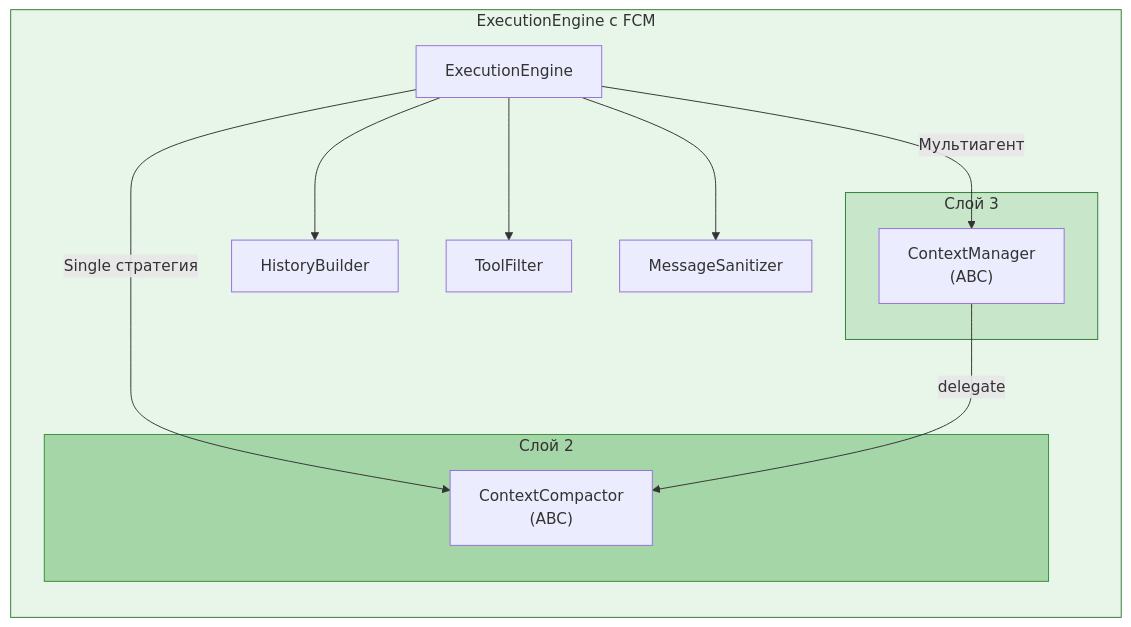
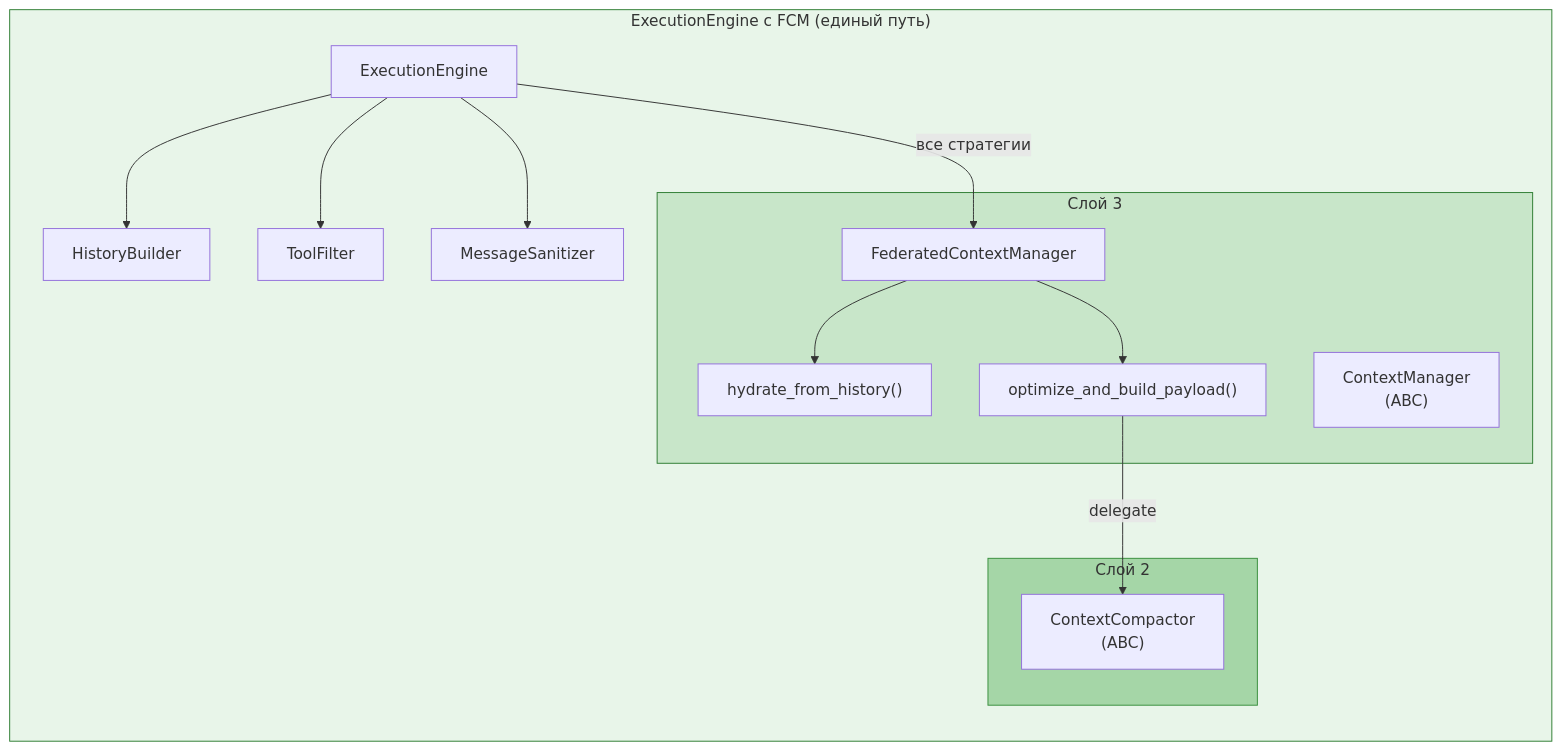
Diagram 29 of 32 in doc/internals/architecture/fcm/ARCHITECTURE.md (pese-git/codelab-agent), drawn with Mermaid before and after one commit. The commit also changed other lines of this file and 3 other files, not shown here.

````diff
--- a/doc/internals/architecture/fcm/ARCHITECTURE.md
+++ b/doc/internals/architecture/fcm/ARCHITECTURE.md
@@ -1359,28 +1495,32 @@
 ```mermaid
 graph LR
-    subgraph Target["ExecutionEngine с FCM"]
+    subgraph Target["ExecutionEngine с FCM (единый путь)"]
         Engine["ExecutionEngine"]
         Builder["HistoryBuilder"]
         Filter["ToolFilter"]
         Sanitizer["MessageSanitizer"]
         
+        subgraph Layer3["Слой 3"]
+            CM["ContextManager<br/>(ABC)"]
+            FCM["FederatedContextManager"]
+            HS["hydrate_from_history()"]
+            OBP["optimize_and_build_payload()"]
+        end
+        
         subgraph Layer2["Слой 2"]
             CC["ContextCompactor<br/>(ABC)"]
-        end
-        
-        subgraph Layer3["Слой 3"]
-            CM["ContextManager<br/>(ABC)"]
         end
     end
     
     Engine --> Builder
     Engine --> Filter
     Engine --> Sanitizer
-    Engine -->|"Single стратегия"| CC
-    Engine -->|"Мультиагент"| CM
-    CM -->|"delegate"| CC
+    Engine -->|"все стратегии"| FCM
+    FCM --> HS
+    FCM --> OBP
+    OBP -->|"delegate"| CC
     
     style Target fill:#e8f5e9,stroke:#2e7d32
+    style Layer3 fill:#c8e6c9,stroke:#2e7d32
     style Layer2 fill:#a5d6a7,stroke:#388e3c
-    style Layer3 fill:#c8e6c9,stroke:#2e7d32
 ```
````
